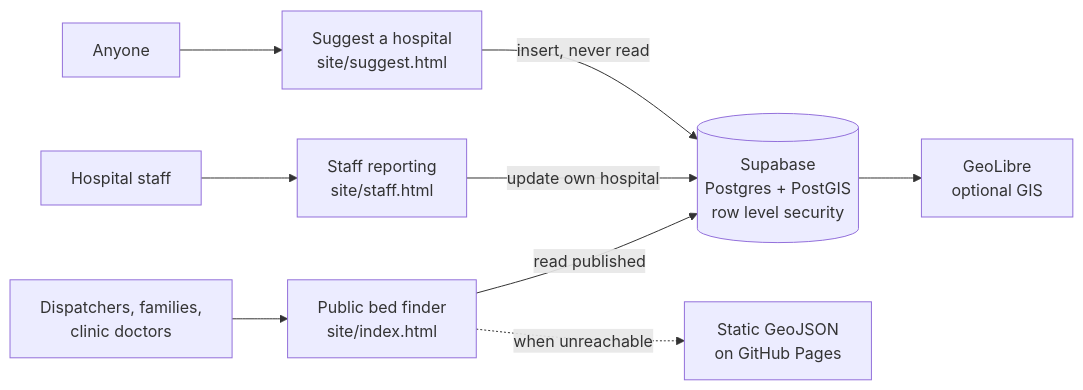
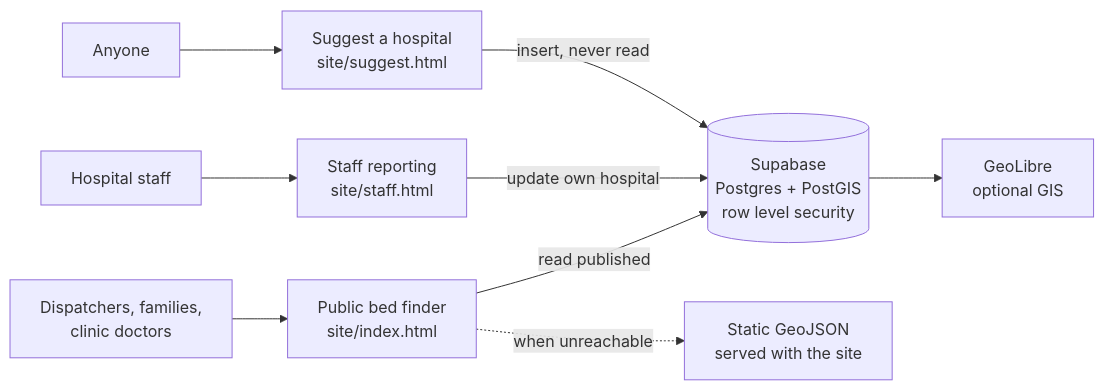
The diagram in README.md (desmond-lartey/ghana-hospital-beds), drawn with Mermaid before and after one commit. The commit also changed other lines of this file and 9 other files, not shown here.

````diff
--- a/README.md
+++ b/README.md
@@ -50,13 +49,13 @@
 ```mermaid
 flowchart LR
   Public[Dispatchers, families,<br/>clinic doctors] --> Finder[Public bed finder<br/>site/index.html]
   Staff[Hospital staff] --> Form[Staff reporting<br/>site/staff.html]
   Anyone[Anyone] --> Suggest[Suggest a hospital<br/>site/suggest.html]
 
   Finder -->|read published| DB[(Supabase<br/>Postgres + PostGIS<br/>row level security)]
   Form -->|update own hospital| DB
   Suggest -->|insert, never read| DB
 
-  Finder -.->|when unreachable| File[Static GeoJSON<br/>on GitHub Pages]
+  Finder -.->|when unreachable| File[Static GeoJSON<br/>served with the site]
   DB --> GeoLibre[GeoLibre<br/>optional GIS]
 ```
````
